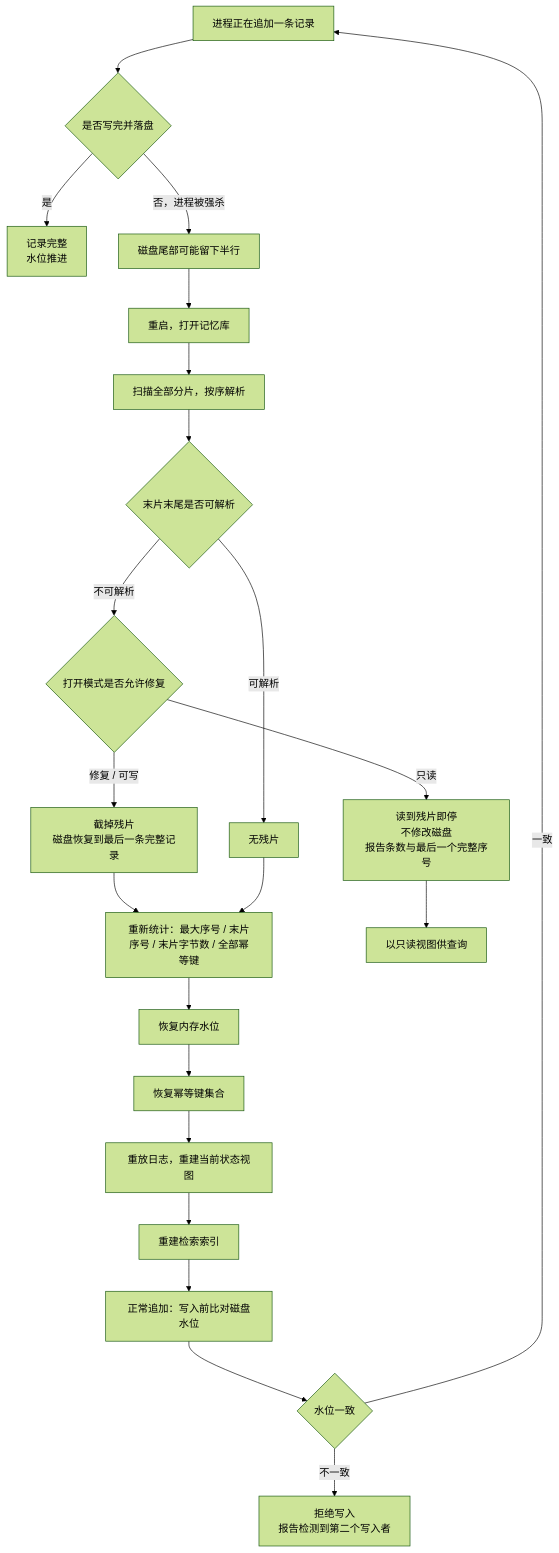
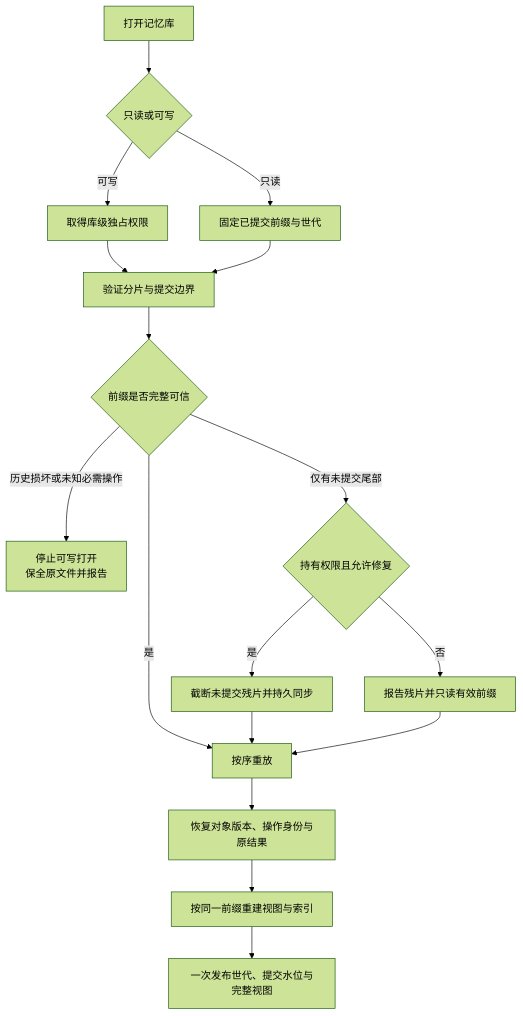
The first of 2 diagrams in docs/docs_new/04-数据模型与事件溯源.md (liruilong9999/memory), drawn with Mermaid (forest theme) before and after one commit. The commit also changed other lines of this file and 13 other files, not shown here.

````diff
--- a/docs/docs_new/04-数据模型与事件溯源.md
+++ b/docs/docs_new/04-数据模型与事件溯源.md
@@ -506,26 +516,19 @@
 ```mermaid
 flowchart TD
-    A[进程正在追加一条记录] --> B{是否写完并落盘}
-    B -->|是| C[记录完整<br/>水位推进]
-    B -->|否，进程被强杀| D[磁盘尾部可能留下半行]
-
-    D --> E[重启，打开记忆库]
-    E --> F[扫描全部分片，按序解析]
-    F --> G{末片末尾是否可解析}
-    G -->|可解析| J[无残片]
-    G -->|不可解析| H{打开模式是否允许修复}
-    H -->|只读| I[读到残片即停<br/>不修改磁盘<br/>报告条数与最后一个完整序号]
-    H -->|修复 / 可写| K[截掉残片<br/>磁盘恢复到最后一条完整记录]
-    K --> L[重新统计：最大序号 / 末片序号 / 末片字节数 / 全部幂等键]
-
-    J --> L
-    I --> M[以只读视图供查询]
-    L --> N[恢复内存水位]
-    N --> O[恢复幂等键集合]
-    O --> P[重放日志，重建当前状态视图]
-    P --> Q[重建检索索引]
-    Q --> R[正常追加：写入前比对磁盘水位]
-    R --> S{水位一致}
-    S -->|一致| A
-    S -->|不一致| T[拒绝写入<br/>报告检测到第二个写入者]
+    A[打开记忆库] --> B{只读或可写}
+    B -->|可写| C[取得库级独占权限]
+    B -->|只读| D[固定已提交前缀与世代]
+    C --> E[验证分片与提交边界]
+    D --> E
+    E --> F{前缀是否完整可信}
+    F -->|历史损坏或未知必需操作| G[停止可写打开<br/>保全原文件并报告]
+    F -->|仅有未提交尾部| H{持有权限且允许修复}
+    H -->|是| I[截断未提交残片并持久同步]
+    H -->|否| J[报告残片并只读有效前缀]
+    F -->|是| K[按序重放]
+    I --> K
+    J --> K
+    K --> L[恢复对象版本、操作身份与原结果]
+    L --> M[按同一前缀重建视图与索引]
+    M --> N[一次发布世代、提交水位与完整视图]
 ```
````
